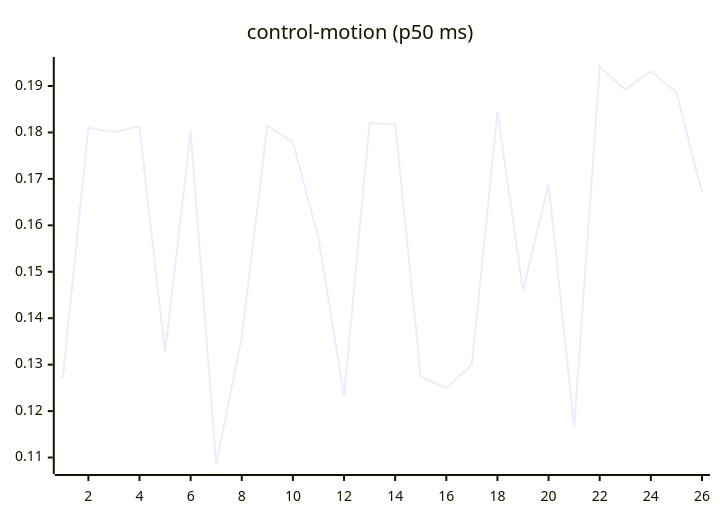
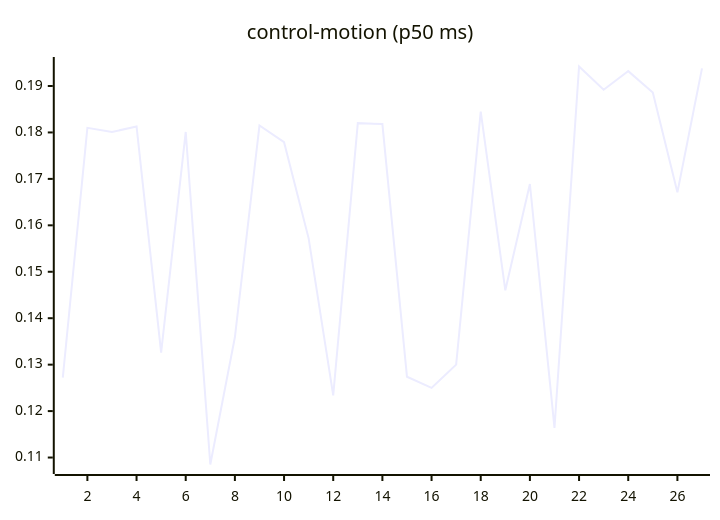
Before and after one commit to josha/Facet: the seventh of 27 diagrams in README.md, drawn with Mermaid. The commit also changed other lines of this file and 2 other files, not shown here.

````diff
--- a/README.md
+++ b/README.md
@@ -105,6 +105,6 @@
 ```mermaid
 xychart-beta
     title "control-motion (p50 ms)"
-    x-axis 1 --> 26
-    line [0.1272, 0.1810, 0.1801, 0.1813, 0.1326, 0.1801, 0.1085, 0.1359, 0.1815, 0.1779, 0.1572, 0.1234, 0.1820, 0.1818, 0.1274, 0.1250, 0.1300, 0.1845, 0.1460, 0.1689, 0.1164, 0.1942, 0.1892, 0.1932, 0.1886, 0.1671]
+    x-axis 1 --> 27
+    line [0.1272, 0.1810, 0.1801, 0.1813, 0.1326, 0.1801, 0.1085, 0.1359, 0.1815, 0.1779, 0.1572, 0.1234, 0.1820, 0.1818, 0.1274, 0.1250, 0.1300, 0.1845, 0.1460, 0.1689, 0.1164, 0.1942, 0.1892, 0.1932, 0.1886, 0.1671, 0.1938]
 ```
````
